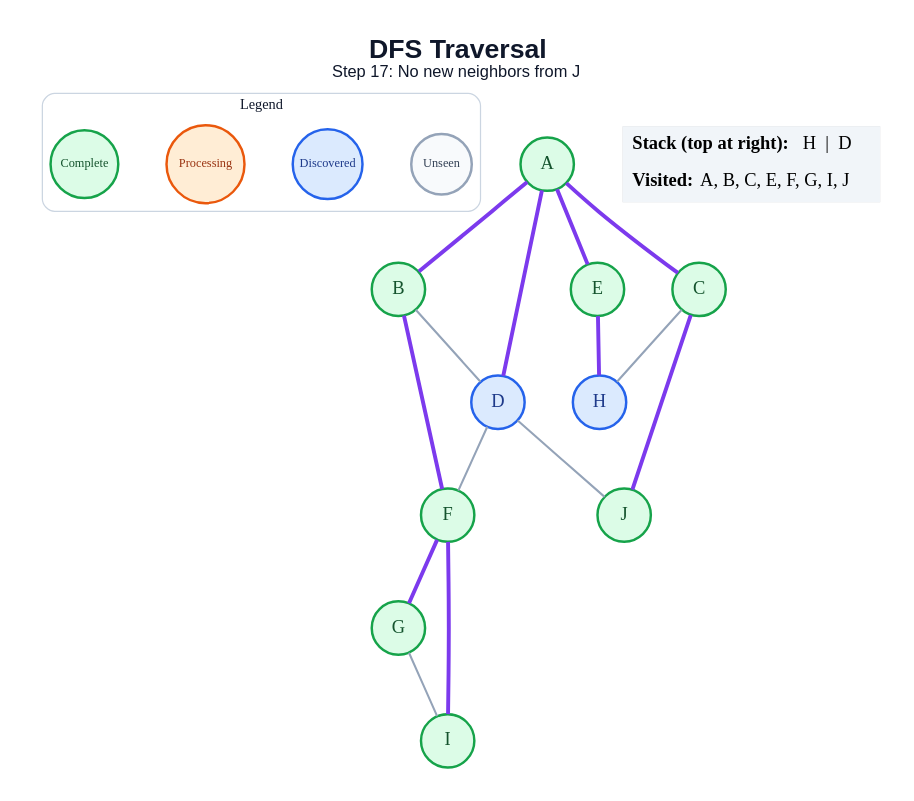
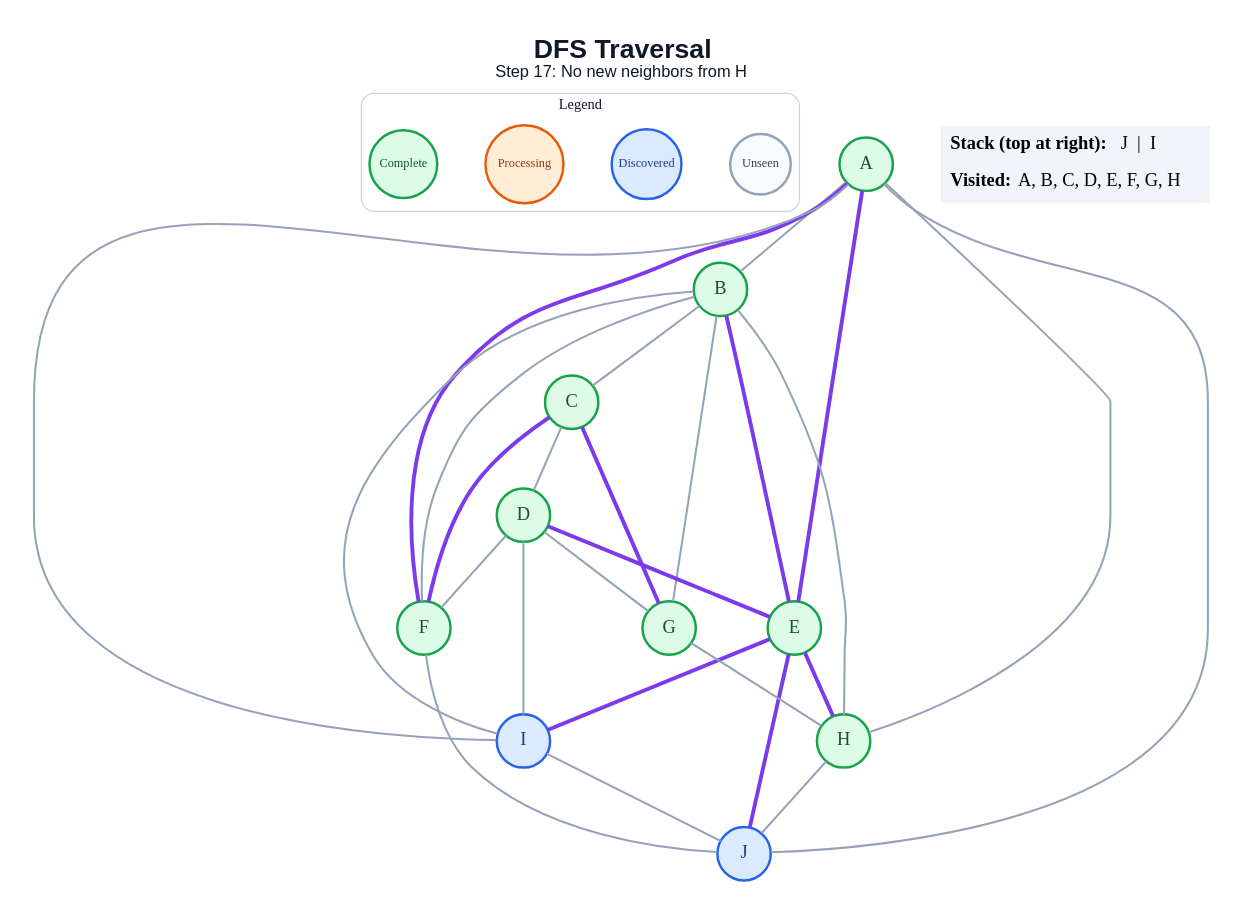
Before and after one commit to anon7238593-create/ai-slop: the diagram in generated/specific-node/dfs/step_17.dot, drawn with Graphviz. The commit also changed 178 other files, not shown here.

```diff
--- a/generated/specific-node/dfs/step_17.dot
+++ b/generated/specific-node/dfs/step_17.dot
@@ -1,43 +1,55 @@
 graph traversal {
   graph [layout=dot, rankdir=TB, bgcolor="#FFFFFF", pad="0.35", nodesep="0.65", ranksep="0.8", fontname="Arial"];
   node [shape=circle, style="filled", fontname="Arial Bold", fontsize=18, width=0.72, fixedsize=true, penwidth=2.4];
   edge [color="#94A3B8", penwidth=2.0];
-  label=<<B>DFS Traversal</B><BR/><FONT POINT-SIZE="16">Step 17: No new neighbors from J</FONT>>; labelloc="t"; fontsize=26; fontname="Arial"; fontcolor="#0F172A";
+  label=<<B>DFS Traversal</B><BR/><FONT POINT-SIZE="16">Step 17: No new neighbors from H</FONT>>; labelloc="t"; fontsize=26; fontname="Arial"; fontcolor="#0F172A";
   subgraph cluster_legend { label="Legend"; color="#CBD5E1"; penwidth=1.2; style="rounded"; fontsize=14; fontname="Arial Bold";
     key_unseen [label="Unseen", fillcolor="#F8FAFC", color="#94A3B8", fontcolor="#334155", fontsize=12, width=0.82];
     key_frontier [label="Discovered", fillcolor="#DBEAFE", color="#2563EB", fontcolor="#1E3A8A", fontsize=12, width=0.95];
     key_current [label="Processing", fillcolor="#FFEDD5", color="#EA580C", fontcolor="#9A3412", fontsize=12, width=1.05];
     key_done [label="Complete", fillcolor="#DCFCE7", color="#16A34A", fontcolor="#14532D", fontsize=12, width=0.92];
     { rank=same; key_unseen; key_frontier; key_current; key_done; }
   }
   A [fillcolor="#DCFCE7", color="#16A34A", fontcolor="#14532D"];
   B [fillcolor="#DCFCE7", color="#16A34A", fontcolor="#14532D"];
   C [fillcolor="#DCFCE7", color="#16A34A", fontcolor="#14532D"];
-  D [fillcolor="#DBEAFE", color="#2563EB", fontcolor="#1E3A8A"];
+  D [fillcolor="#DCFCE7", color="#16A34A", fontcolor="#14532D"];
   E [fillcolor="#DCFCE7", color="#16A34A", fontcolor="#14532D"];
   F [fillcolor="#DCFCE7", color="#16A34A", fontcolor="#14532D"];
   G [fillcolor="#DCFCE7", color="#16A34A", fontcolor="#14532D"];
-  H [fillcolor="#DBEAFE", color="#2563EB", fontcolor="#1E3A8A"];
-  I [fillcolor="#DCFCE7", color="#16A34A", fontcolor="#14532D"];
-  J [fillcolor="#DCFCE7", color="#16A34A", fontcolor="#14532D"];
-  A -- B [color="#7C3AED", penwidth=3.8];
-  A -- C [color="#7C3AED", penwidth=3.8];
-  A -- D [color="#7C3AED", penwidth=3.8];
+  H [fillcolor="#DCFCE7", color="#16A34A", fontcolor="#14532D"];
+  I [fillcolor="#DBEAFE", color="#2563EB", fontcolor="#1E3A8A"];
+  J [fillcolor="#DBEAFE", color="#2563EB", fontcolor="#1E3A8A"];
+  A -- B;
   A -- E [color="#7C3AED", penwidth=3.8];
-  B -- D;
-  B -- F [color="#7C3AED", penwidth=3.8];
-  C -- H;
-  C -- J [color="#7C3AED", penwidth=3.8];
+  A -- F [color="#7C3AED", penwidth=3.8];
+  A -- H;
+  A -- I;
+  A -- J;
+  B -- C;
+  B -- E [color="#7C3AED", penwidth=3.8];
+  B -- F;
+  B -- G;
+  B -- H;
+  B -- I;
+  C -- D;
+  C -- F [color="#7C3AED", penwidth=3.8];
+  C -- G [color="#7C3AED", penwidth=3.8];
+  D -- E [color="#7C3AED", penwidth=3.8];
   D -- F;
-  D -- J;
+  D -- G;
+  D -- I;
   E -- H [color="#7C3AED", penwidth=3.8];
-  F -- G [color="#7C3AED", penwidth=3.8];
-  F -- I [color="#7C3AED", penwidth=3.8];
-  G -- I;
+  E -- I [color="#7C3AED", penwidth=3.8];
+  E -- J [color="#7C3AED", penwidth=3.8];
+  F -- J;
+  G -- H;
+  H -- J;
+  I -- J;
   status [shape=plain, fixedsize=false, width=0, height=0, margin=0, label=<
     <TABLE BORDER="0" CELLBORDER="0" CELLPADDING="7" BGCOLOR="#F1F5F9">
-      <TR><TD ALIGN="LEFT"><B>Stack (top at right):</B> H  |  D</TD></TR>
-      <TR><TD ALIGN="LEFT"><B>Visited:</B> A, B, C, E, F, G, I, J</TD></TR>
+      <TR><TD ALIGN="LEFT"><B>Stack (top at right):</B> J  |  I</TD></TR>
+      <TR><TD ALIGN="LEFT"><B>Visited:</B> A, B, C, D, E, F, G, H</TD></TR>
     </TABLE>
   >];
 }
```
